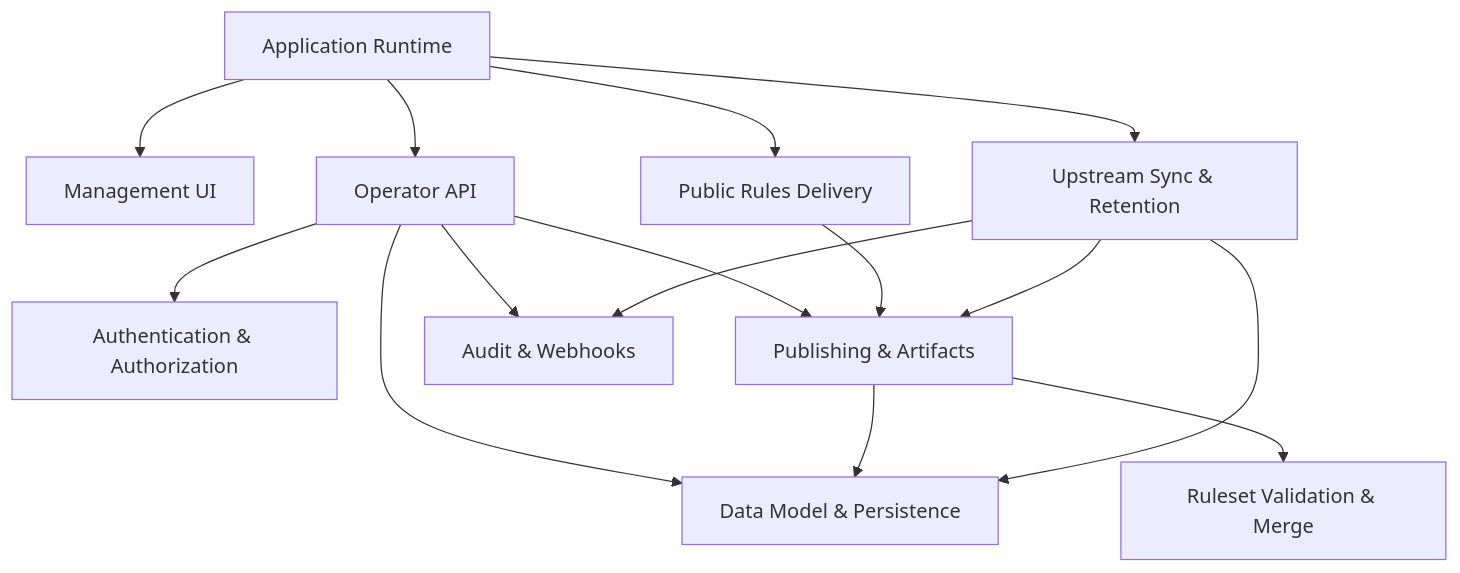
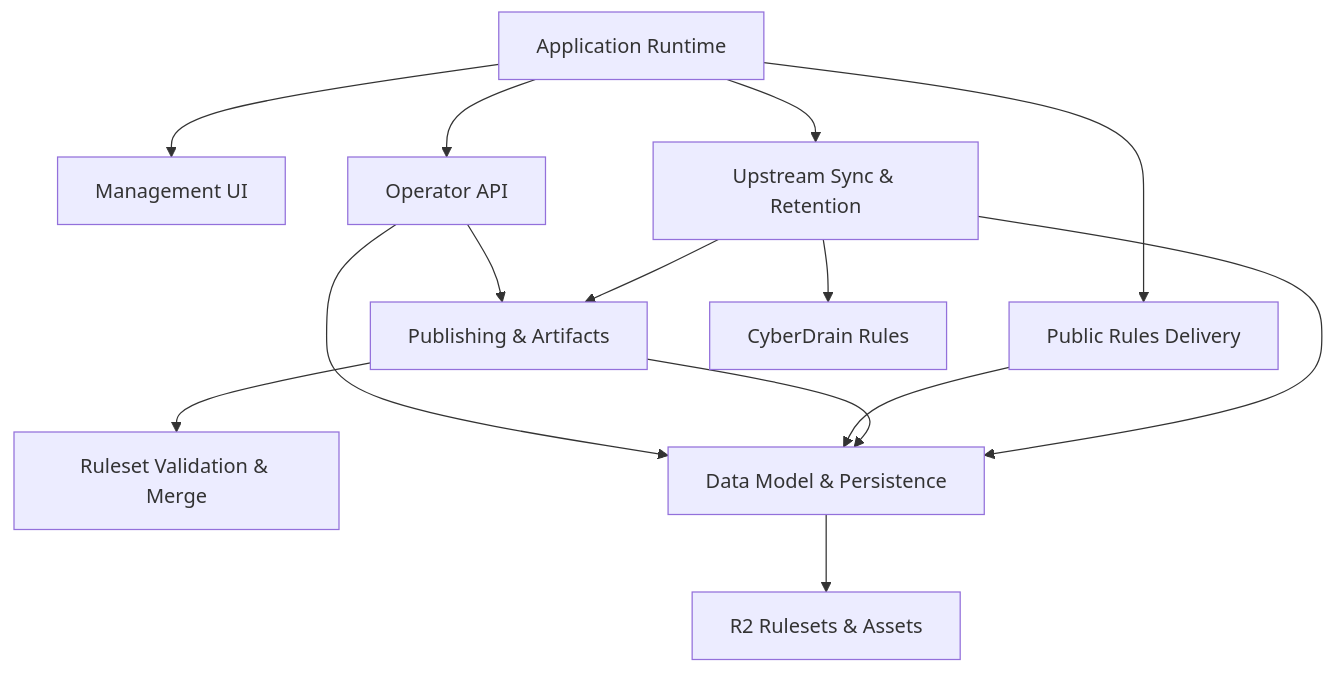
One commit to DailenG/CheckDeployManager changed the diagram in docs/wiki/README.md. Above: the diagram before and after it, drawn with Mermaid. The commit also changed other lines of this file and 17 other files, not shown here.

````diff
--- a/docs/wiki/README.md
+++ b/docs/wiki/README.md
@@ -20,19 +16,19 @@
 ```mermaid
 flowchart TD
-  Runtime[Application Runtime] --> UI[Management UI]
-  Runtime --> API[Operator API]
-  Runtime --> Rules[Public Rules Delivery]
-  Runtime --> Sync[Upstream Sync & Retention]
+  Worker[Application Runtime] --> UI[Management UI]
+  Worker --> API[Operator API]
+  Worker --> Rules[Public Rules Delivery]
+  Worker --> Cron[Upstream Sync & Retention]
 
-  API --> Auth[Authentication & Authorization]
   API --> Publish[Publishing & Artifacts]
-  API --> Audit[Audit & Webhooks]
+  Cron --> Publish
+  Publish --> Merge[Ruleset Validation & Merge]
+
   API --> Data[Data Model & Persistence]
+  Rules --> Data
+  Publish --> Data
+  Cron --> Data
 
-  Rules --> Publish
-  Publish --> Merge[Ruleset Validation & Merge]
-  Publish --> Data
-  Sync --> Publish
-  Sync --> Audit
-  Sync --> Data
+  Data --> R2[R2 Rulesets & Assets]
+  Cron --> Upstream[CyberDrain Rules]
 ```
````
